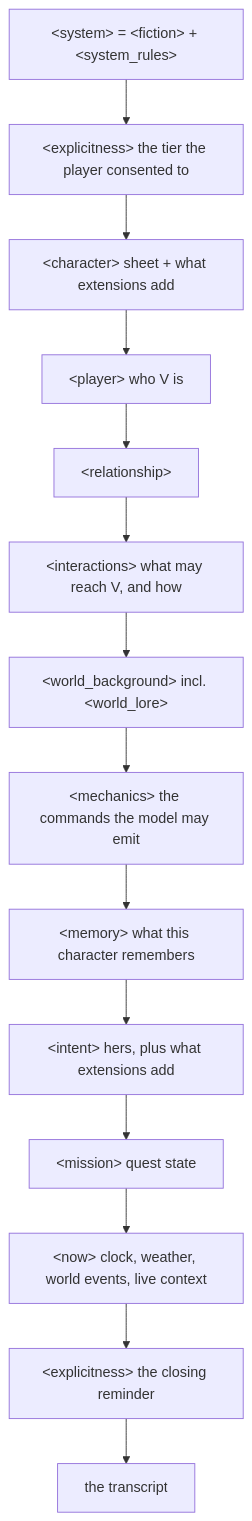
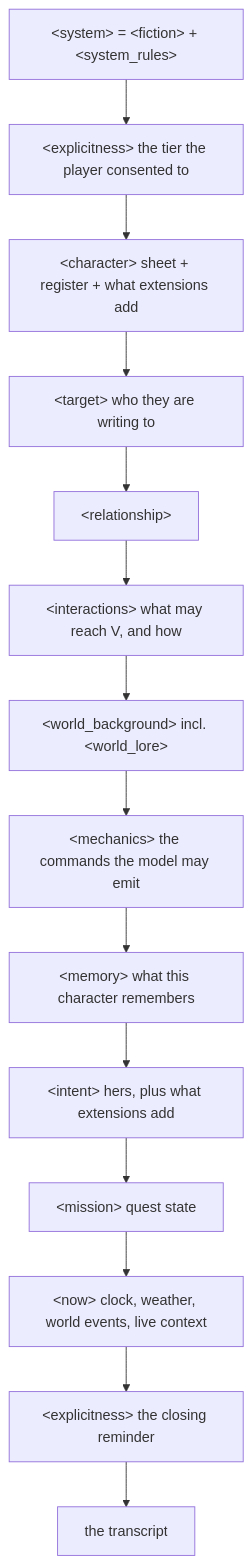
The sixth of 9 diagrams in docs/ARCHITECTURE.md (Sebajuste/CP77_ai_npc), drawn with Mermaid before and after one commit. The commit also changed other lines of this file and 30 other files, not shown here.

````diff
--- a/docs/ARCHITECTURE.md
+++ b/docs/ARCHITECTURE.md
@@ -403,16 +403,16 @@
 ```mermaid
 flowchart TB
     A["&lt;system&gt; = &lt;fiction&gt; + &lt;system_rules&gt;"] --> B["&lt;explicitness&gt; the tier the player consented to"]
-    B --> C["&lt;character&gt; sheet + what extensions add"]
-    C --> D["&lt;player&gt; who V is"]
+    B --> C["&lt;character&gt; sheet + register + what extensions add"]
+    C --> D["&lt;target&gt; who they are writing to"]
     D --> E["&lt;relationship&gt;"]
     E --> F["&lt;interactions&gt; what may reach V, and how"]
     F --> G["&lt;world_background&gt; incl. &lt;world_lore&gt;"]
     G --> H["&lt;mechanics&gt; the commands the model may emit"]
     H --> I["&lt;memory&gt; what this character remembers"]
     I --> J["&lt;intent&gt; hers, plus what extensions add"]
     J --> K["&lt;mission&gt; quest state"]
     K --> L["&lt;now&gt; clock, weather, world events, live context"]
     L --> M["&lt;explicitness&gt; the closing reminder"]
     M --> N["the transcript"]
 ```
````
